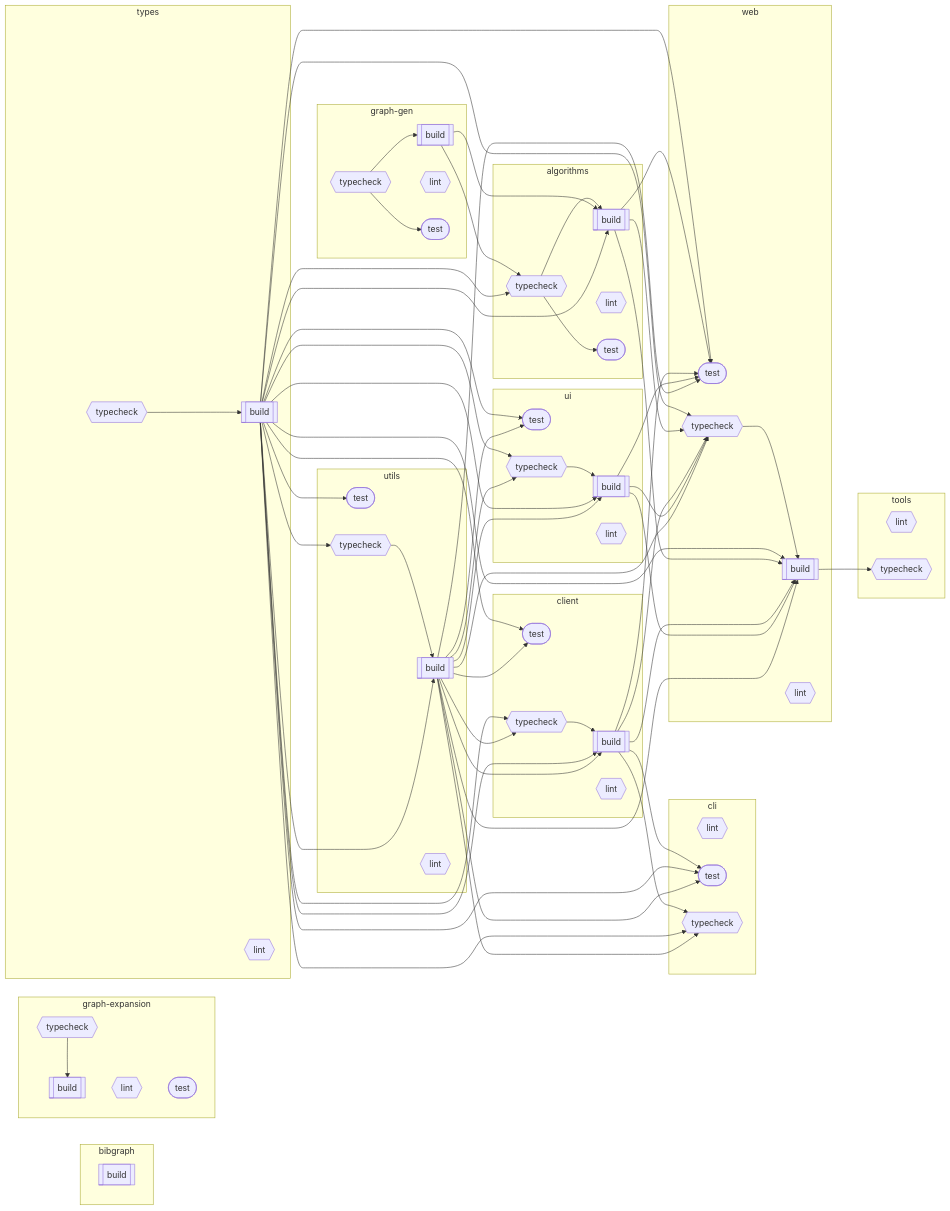
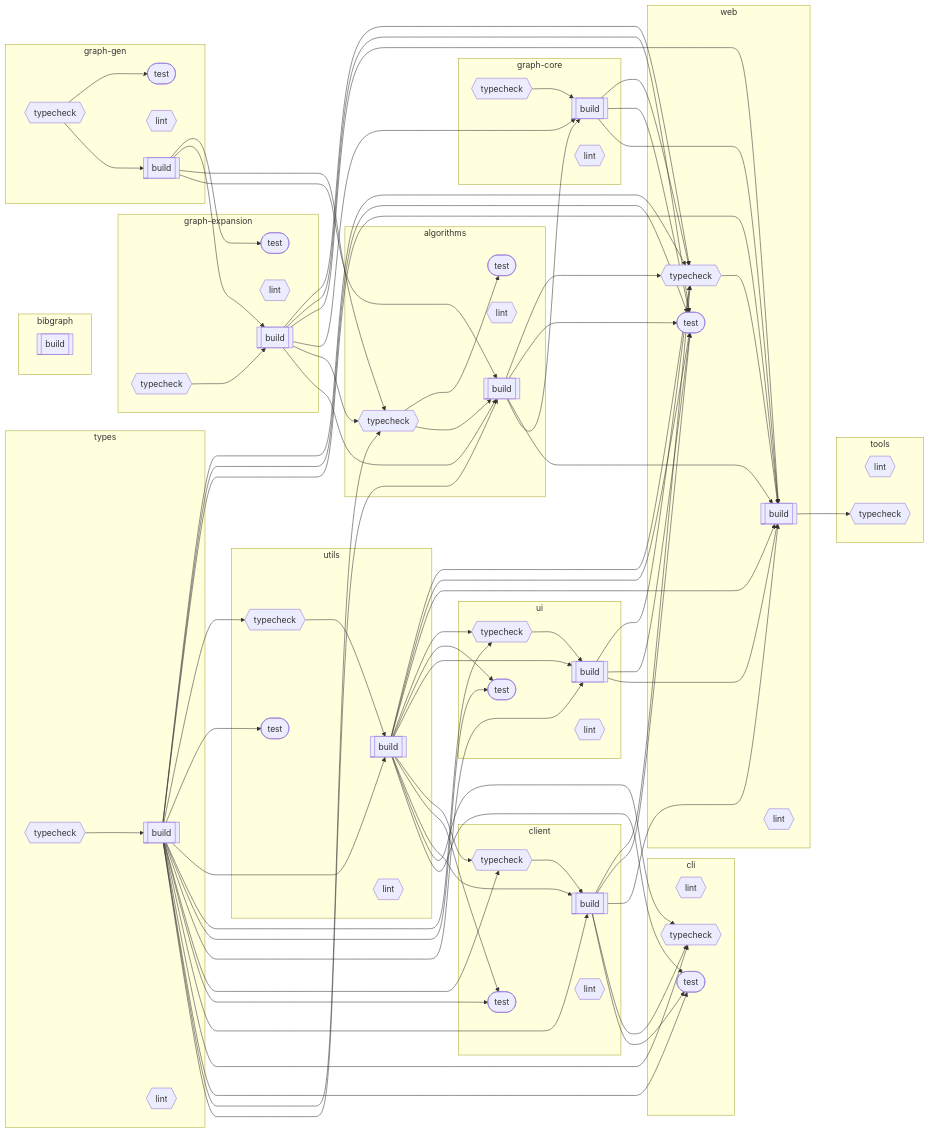
The diagram in README.md (Mearman/BibGraph), drawn with Mermaid before and after one commit.

Commit message:
docs(config): update Nx task graph with graph-core package
- Auto-generated by build script after adding graph-core package
- Adds graph-core to task dependency graph
- Updates task dependencies between packages

````diff
--- a/README.md
+++ b/README.md
@@ -130,6 +130,12 @@
         client_lint{{"lint"}}
         client_test(["test"])
         client_typecheck{{"typecheck"}}
+    end
+
+    subgraph graph_core["graph-core"]
+        graph_core_build[["build"]]
+        graph_core_lint{{"lint"}}
+        graph_core_typecheck{{"typecheck"}}
     end
 
     subgraph graph_expansion["graph-expansion"]
@@ -180,9 +186,11 @@
 
     %% Task dependencies
     algorithms_typecheck --> algorithms_build
+    graph_expansion_build --> algorithms_build
     graph_gen_build --> algorithms_build
     types_build --> algorithms_build
     algorithms_typecheck --> algorithms_test
+    graph_expansion_build --> algorithms_typecheck
     graph_gen_build --> algorithms_typecheck
     types_build --> algorithms_typecheck
     client_build --> cli_test
@@ -198,7 +206,12 @@
     utils_build --> client_test
     types_build --> client_typecheck
     utils_build --> client_typecheck
+    graph_core_typecheck --> graph_core_build
+    algorithms_build --> graph_core_build
+    graph_expansion_build --> graph_core_build
     graph_expansion_typecheck --> graph_expansion_build
+    graph_gen_build --> graph_expansion_build
+    graph_gen_build --> graph_expansion_test
     graph_gen_typecheck --> graph_gen_build
     graph_gen_typecheck --> graph_gen_test
     web_build --> tools_typecheck
@@ -218,16 +231,22 @@
     types_build --> web_build
     algorithms_build --> web_build
     client_build --> web_build
+    graph_core_build --> web_build
+    graph_expansion_build --> web_build
     ui_build --> web_build
     utils_build --> web_build
     types_build --> web_test
     algorithms_build --> web_test
     client_build --> web_test
+    graph_core_build --> web_test
+    graph_expansion_build --> web_test
     ui_build --> web_test
     utils_build --> web_test
     types_build --> web_typecheck
     algorithms_build --> web_typecheck
     client_build --> web_typecheck
+    graph_core_build --> web_typecheck
+    graph_expansion_build --> web_typecheck
     ui_build --> web_typecheck
     utils_build --> web_typecheck
 ```
````
